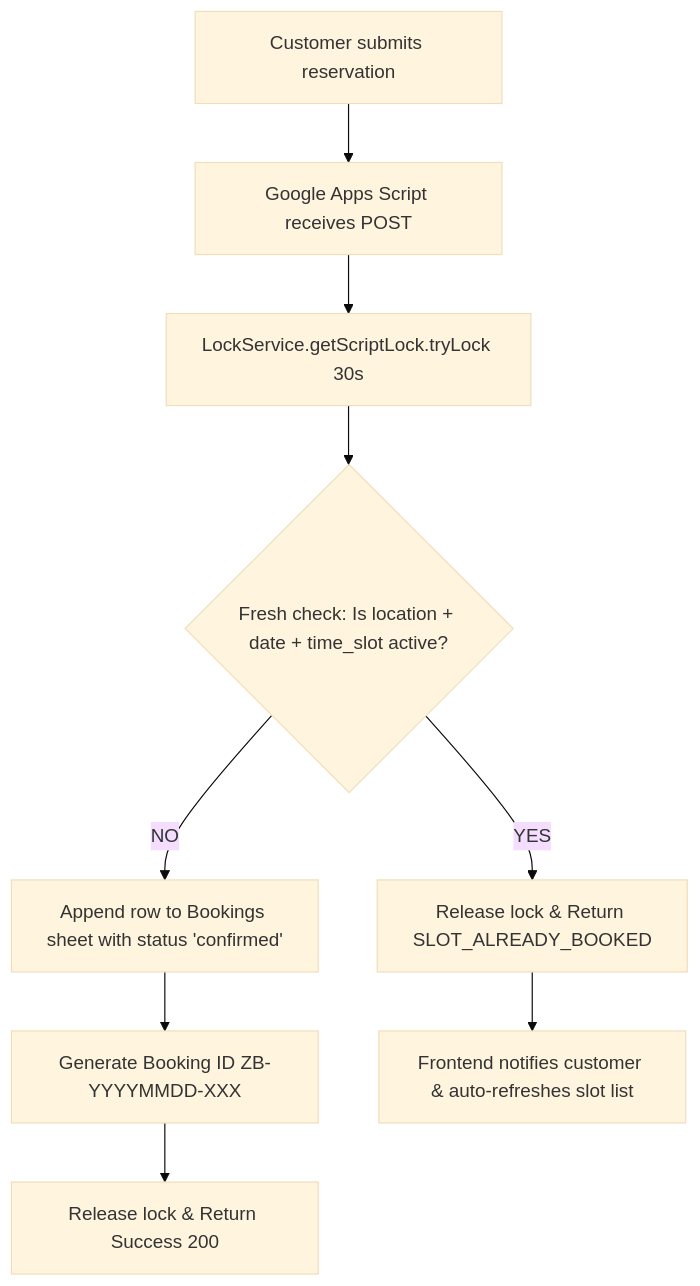
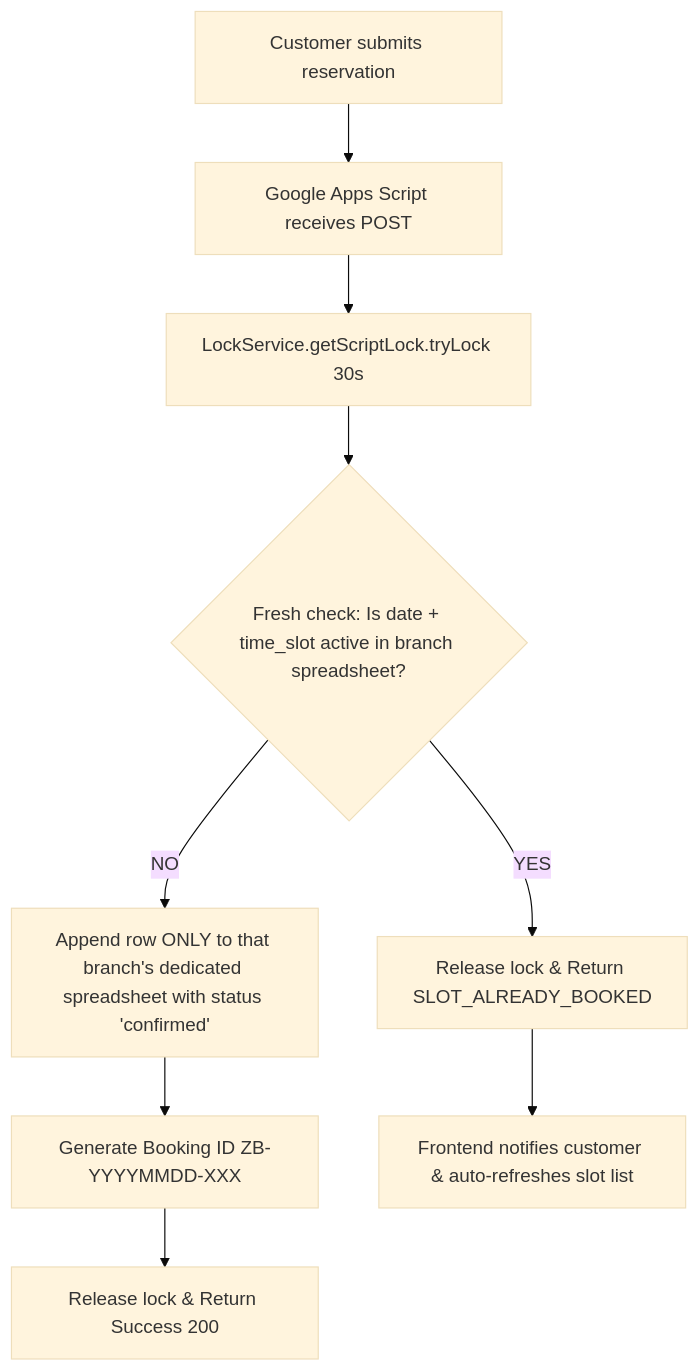
One commit to optigoai/zelebrae-form changed the diagram in README.md. Above: the diagram before and after it, drawn with Mermaid (base theme). The commit also changed other lines of this file and 6 other files, not shown here.

````diff
--- a/README.md
+++ b/README.md
@@ -131,11 +141,11 @@
 ```mermaid
 flowchart TD
     A[Customer submits reservation] --> B[Google Apps Script receives POST]
     B --> C[LockService.getScriptLock.tryLock 30s]
-    C --> D{Fresh check: Is location + date + time_slot active?}
-    D -- NO --> E[Append row to Bookings sheet with status 'confirmed']
+    C --> D{Fresh check: Is date + time_slot active in branch spreadsheet?}
+    D -- NO --> E[Append row ONLY to that branch's dedicated spreadsheet with status 'confirmed']
     E --> F[Generate Booking ID ZB-YYYYMMDD-XXX]
     F --> G[Release lock & Return Success 200]
     D -- YES --> H[Release lock & Return SLOT_ALREADY_BOOKED]
     H --> I[Frontend notifies customer & auto-refreshes slot list]
 ```
````
